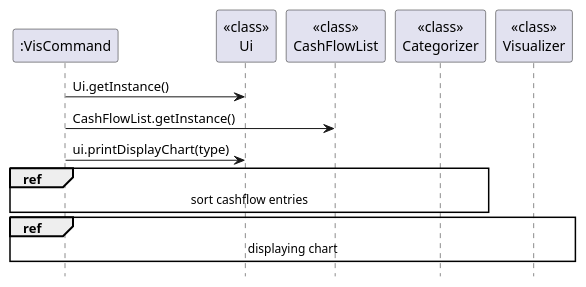
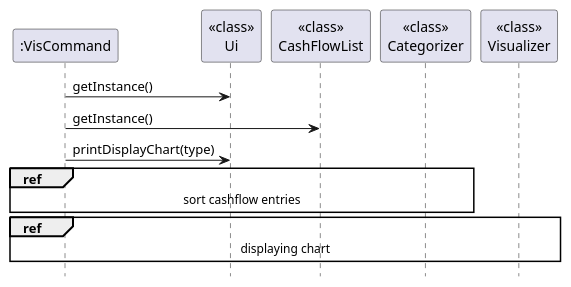
The diagram in docs/diagrams/vis/visualisationSequence.puml (nus-cs2113-AY2324S1/tp), drawn with PlantUML before and after one commit. The commit also changed 1 other file, not shown here.

Commit message:
Update visualization sequence diagram

```diff
--- a/docs/diagrams/vis/visualisationSequence.puml
+++ b/docs/diagrams/vis/visualisationSequence.puml
@@ -1,21 +1,21 @@
 @startuml
 
 participant ":VisCommand"
 participant "<<class>>\nUi"
 participant "<<class>>\nCashFlowList"
 participant "<<class>>\nCategorizer"
 participant "<<class>>\nVisualizer"
 
-":VisCommand"-> "<<class>>\nUi": Ui.getInstance()
+":VisCommand"-> "<<class>>\nUi": getInstance()
 
-":VisCommand"-> "<<class>>\nCashFlowList": CashFlowList.getInstance()
+":VisCommand"-> "<<class>>\nCashFlowList": getInstance()
 
-":VisCommand"-> "<<class>>\nUi": ui.printDisplayChart(type)
+":VisCommand"-> "<<class>>\nUi": printDisplayChart(type)
 
 ref over "<<class>>\nCategorizer", ":VisCommand" : sort cashflow entries
 
 ref over "<<class>>\nVisualizer", ":VisCommand": displaying chart
 
 hide footbox
 
 @enduml
```
